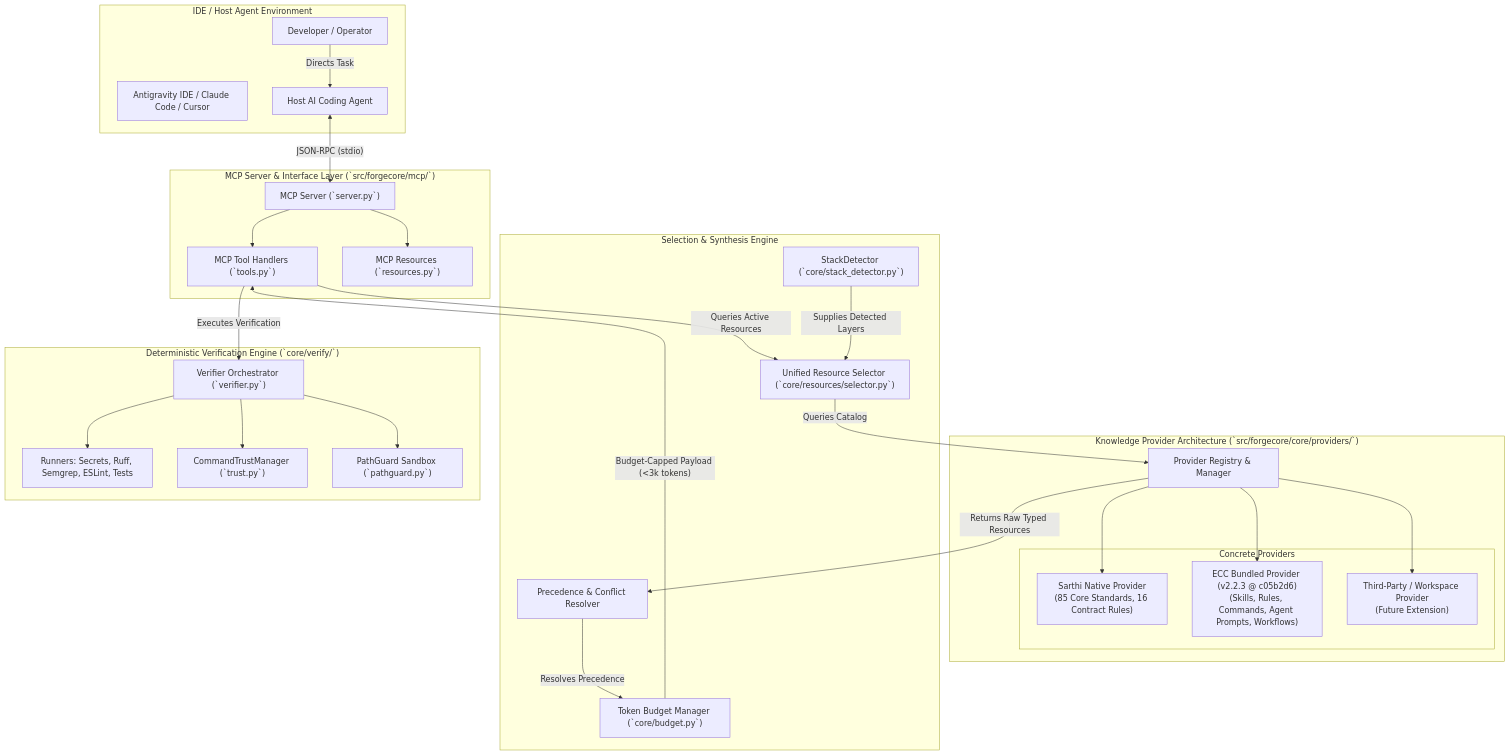
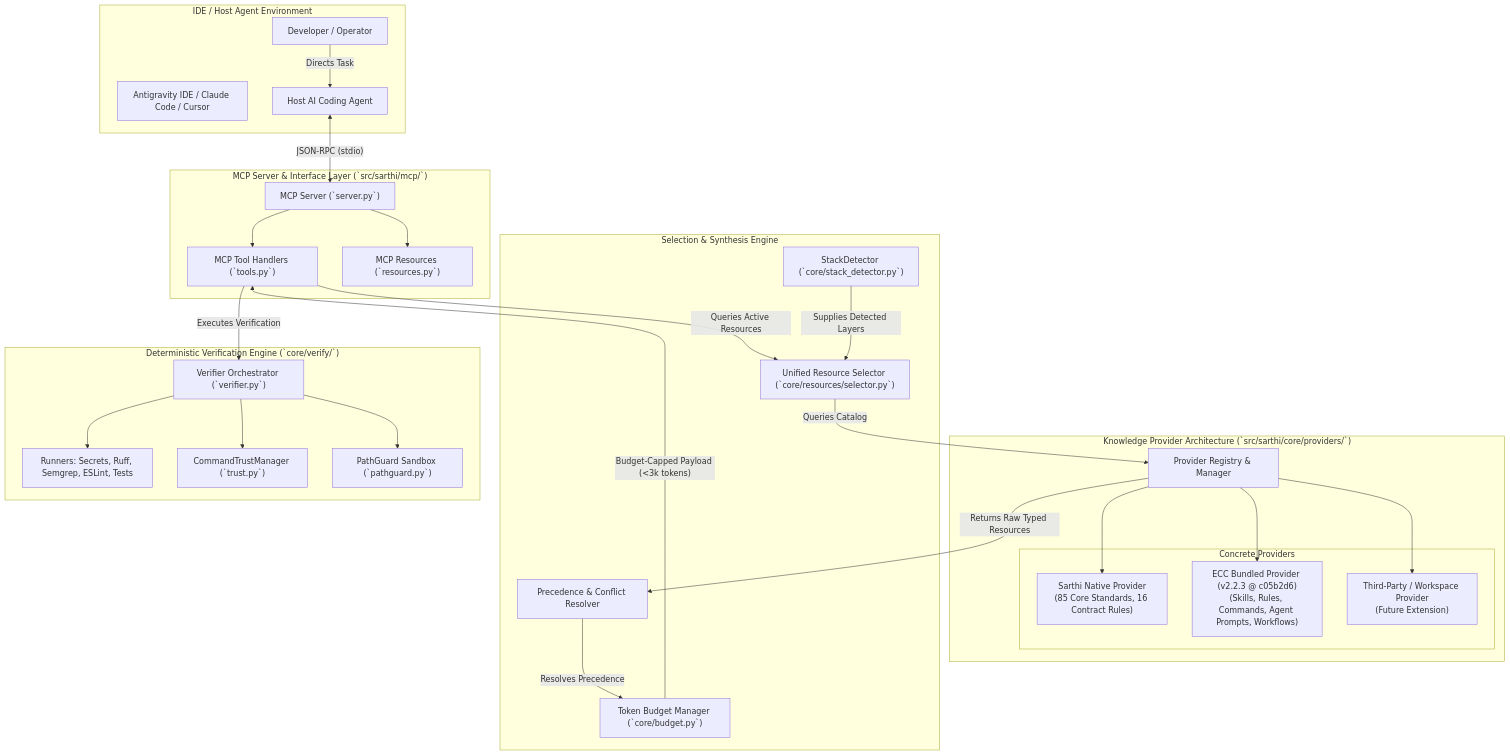
Before and after one commit to Mayurkhalse/ForgeCore: the first of 3 diagrams in docs/architecture/ECC_INTEGRATION_DESIGN.md, drawn with Mermaid. The commit also changed other lines of this file and 154 other files, not shown here.

Commit message:
refactor: rename project, package, cli, and mcp server from ForgeCore to Sarthi

````diff
--- a/docs/architecture/ECC_INTEGRATION_DESIGN.md
+++ b/docs/architecture/ECC_INTEGRATION_DESIGN.md
@@ -35,61 +35,61 @@
 ```mermaid
 flowchart TD
     subgraph HostEnvironment["IDE / Host Agent Environment"]
         User["Developer / Operator"]
         IDE["Antigravity IDE / Claude Code / Cursor"]
         Agent["Host AI Coding Agent"]
     end
 
-    subgraph IntegrationLayer["MCP Server & Interface Layer (`src/forgecore/mcp/`)"]
+    subgraph IntegrationLayer["MCP Server & Interface Layer (`src/sarthi/mcp/`)"]
         MCPServer["MCP Server (`server.py`)"]
         ToolHandlers["MCP Tool Handlers (`tools.py`)"]
         ResourceEndpoints["MCP Resources (`resources.py`)"]
     end
 
-    subgraph ProviderLayer["Knowledge Provider Architecture (`src/forgecore/core/providers/`)"]
+    subgraph ProviderLayer["Knowledge Provider Architecture (`src/sarthi/core/providers/`)"]
         ProviderRegistry["Provider Registry & Manager"]
         
         subgraph Providers["Concrete Providers"]
             NativeProv["Sarthi Native Provider<br/>(85 Core Standards, 16 Contract Rules)"]
             ECCProv["ECC Bundled Provider (v2.2.3 @ c05b2d6)<br/>(Skills, Rules, Commands, Agent Prompts, Workflows)"]
             CustomProv["Third-Party / Workspace Provider<br/>(Future Extension)"]
         end
     end
 
     subgraph SelectionEngine["Selection & Synthesis Engine"]
         StackDetector["StackDetector (`core/stack_detector.py`)"]
         ResourceSelector["Unified Resource Selector (`core/resources/selector.py`)"]
         ConflictEngine["Precedence & Conflict Resolver"]
         BudgetManager["Token Budget Manager (`core/budget.py`)"]
     end
 
     subgraph VerificationSubsystem["Deterministic Verification Engine (`core/verify/`)"]
         Verifier["Verifier Orchestrator (`verifier.py`)"]
         Runners["Runners: Secrets, Ruff, Semgrep, ESLint, Tests"]
         Trust["CommandTrustManager (`trust.py`)"]
         PathGuard["PathGuard Sandbox (`pathguard.py`)"]
     end
 
     %% Interactions
     User -->|"Directs Task"| Agent
     Agent <-->|"JSON-RPC (stdio)"| MCPServer
     MCPServer --> ToolHandlers
     MCPServer --> ResourceEndpoints
 
     ToolHandlers -->|"Queries Active Resources"| ResourceSelector
     StackDetector -->|"Supplies Detected Layers"| ResourceSelector
     
     ResourceSelector -->|"Queries Catalog"| ProviderRegistry
     ProviderRegistry --> NativeProv
     ProviderRegistry --> ECCProv
     ProviderRegistry --> CustomProv
 
     ProviderRegistry -->|"Returns Raw Typed Resources"| ConflictEngine
     ConflictEngine -->|"Resolves Precedence"| BudgetManager
     BudgetManager -->|"Budget-Capped Payload (<3k tokens)"| ToolHandlers
 
     ToolHandlers -->|"Executes Verification"| Verifier
     Verifier --> PathGuard
     Verifier --> Trust
     Verifier --> Runners
 ```
````
